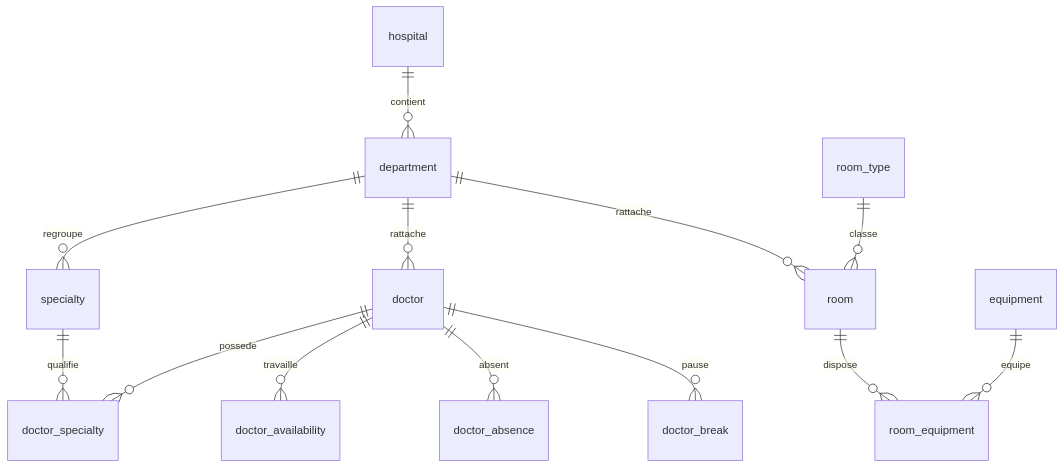
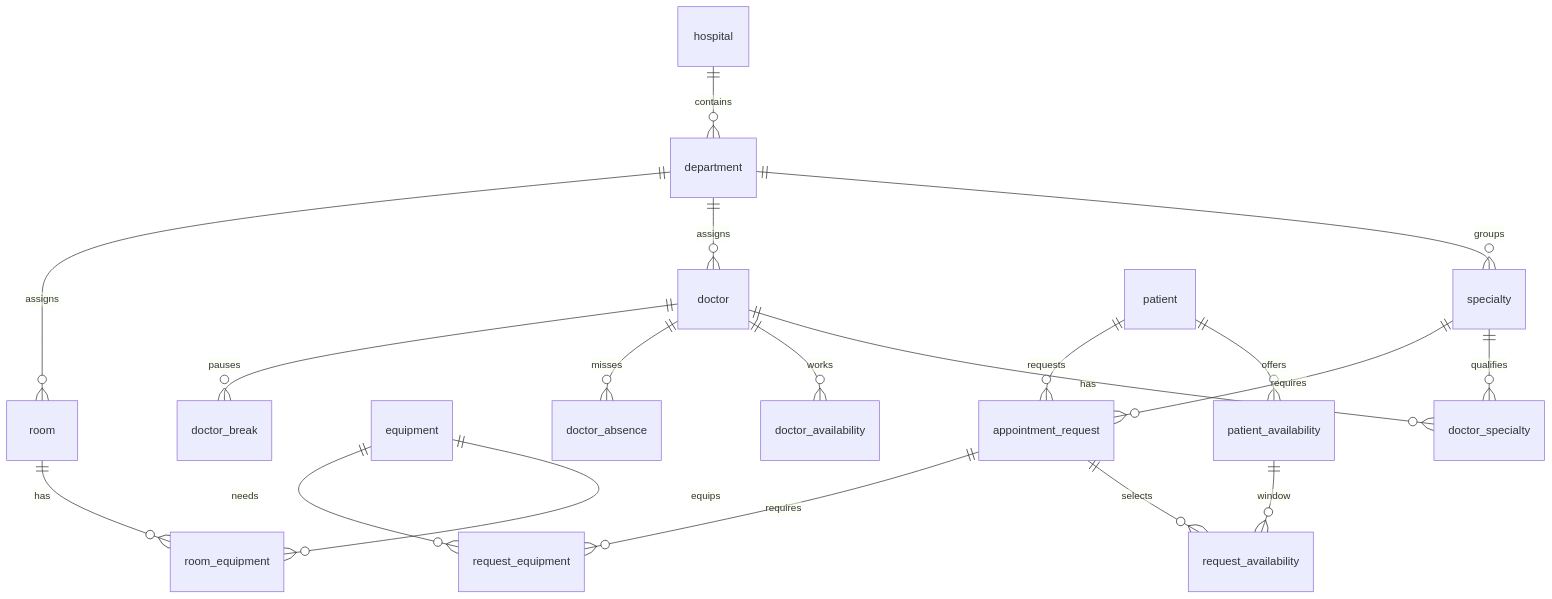
One commit to Aym4ne-21/hospital-scheduler changed the diagram in scheduler-persistence/docs/database-schema.md. Above: the diagram before and after it, drawn with Mermaid. The commit also changed other lines of this file and 37 other files, not shown here.

````diff
--- a/scheduler-persistence/docs/database-schema.md
+++ b/scheduler-persistence/docs/database-schema.md
@@ -10,15 +9,21 @@
 ```mermaid
 erDiagram
-    hospital ||--o{ department : contient
-    department ||--o{ specialty : regroupe
-    department ||--o{ doctor : rattache
-    doctor ||--o{ doctor_specialty : possede
-    specialty ||--o{ doctor_specialty : qualifie
-    department ||--o{ room : rattache
-    room_type ||--o{ room : classe
-    room ||--o{ room_equipment : dispose
-    equipment ||--o{ room_equipment : equipe
-    doctor ||--o{ doctor_availability : travaille
-    doctor ||--o{ doctor_absence : absent
-    doctor ||--o{ doctor_break : pause
+    hospital ||--o{ department : contains
+    department ||--o{ specialty : groups
+    department ||--o{ doctor : assigns
+    doctor ||--o{ doctor_specialty : has
+    specialty ||--o{ doctor_specialty : qualifies
+    department ||--o{ room : assigns
+    room ||--o{ room_equipment : has
+    equipment ||--o{ room_equipment : equips
+    doctor ||--o{ doctor_availability : works
+    doctor ||--o{ doctor_absence : misses
+    doctor ||--o{ doctor_break : pauses
+    patient ||--o{ patient_availability : offers
+    patient ||--o{ appointment_request : requests
+    specialty ||--o{ appointment_request : requires
+    appointment_request ||--o{ request_availability : selects
+    patient_availability ||--o{ request_availability : window
+    appointment_request ||--o{ request_equipment : requires
+    equipment ||--o{ request_equipment : needs
 ```
````
